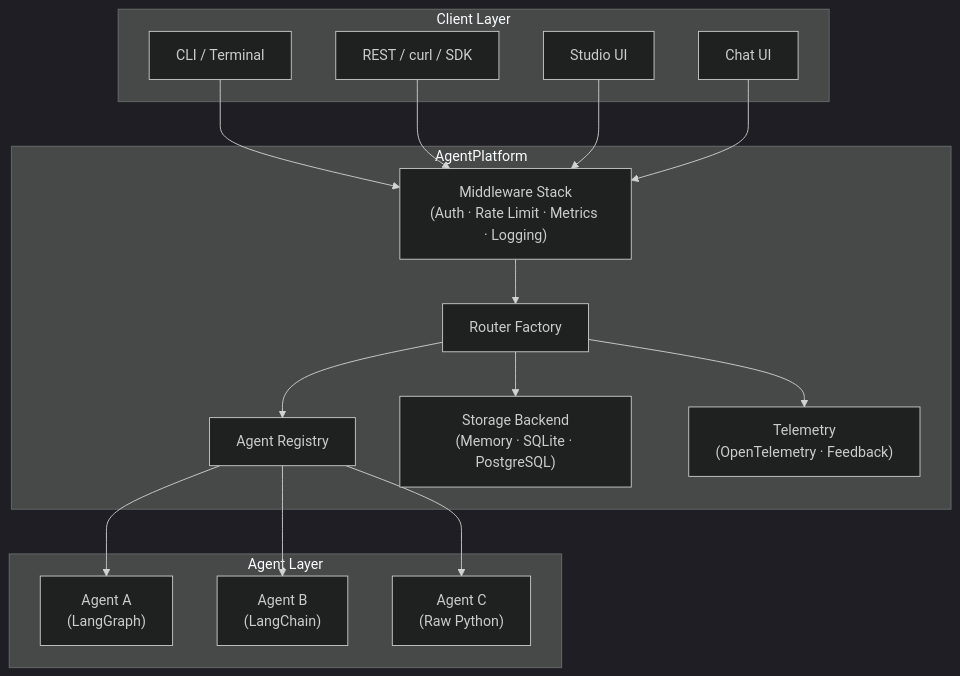
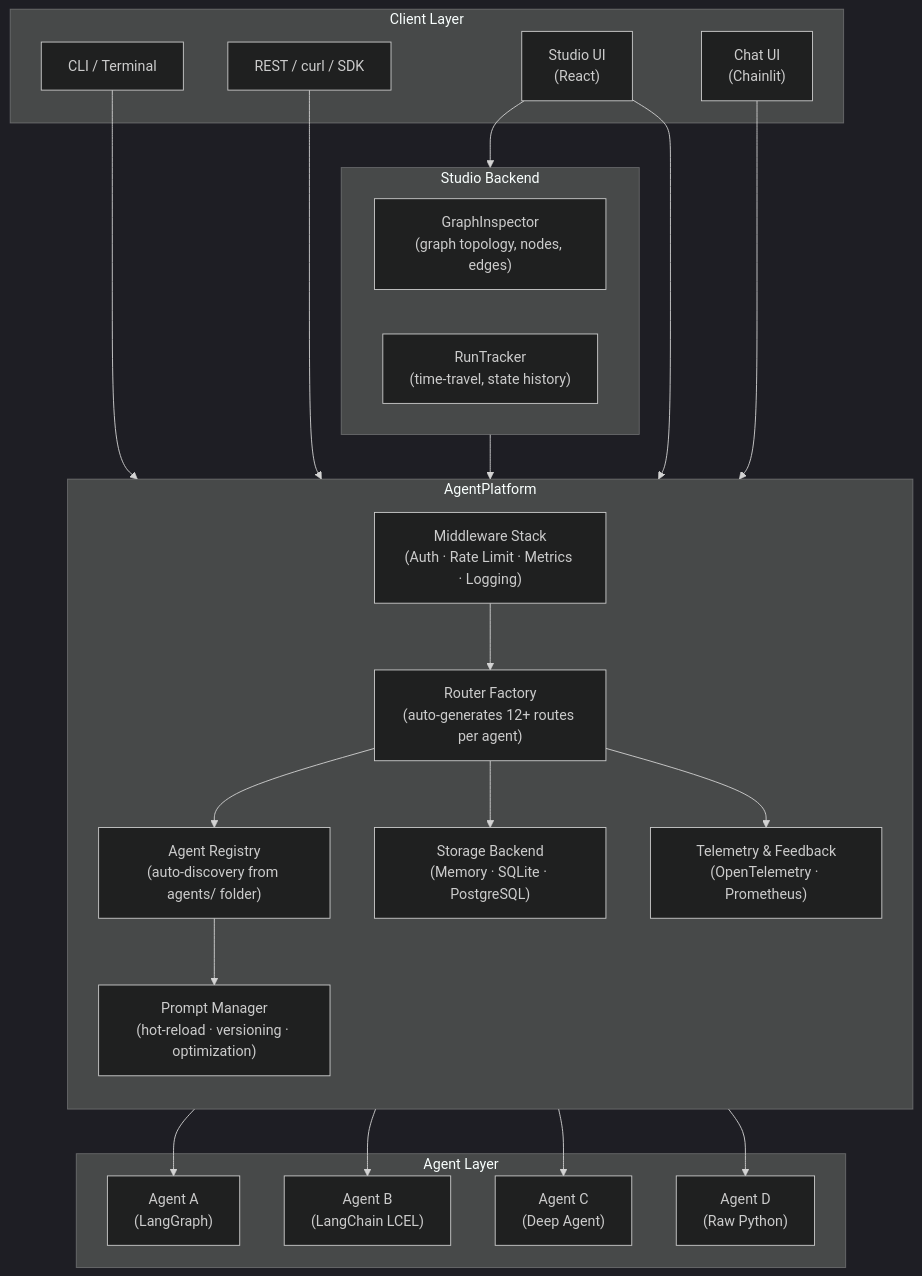
The diagram in docs/index.md (UnicoLab/agentomatic), drawn with Mermaid (dark theme) before and after one commit. The commit also changed other lines of this file and 21 other files, not shown here.

````diff
--- a/docs/index.md
+++ b/docs/index.md
@@ -106,35 +180,47 @@
 ```mermaid
 graph TB
-    subgraph Client["Client Layer"]
+    subgraph Clients["Client Layer"]
         CLI["CLI / Terminal"]
         REST["REST / curl / SDK"]
-        STUDIO["Studio UI"]
-        CHAT["Chat UI"]
+        STUDIO["Studio UI<br/>(React)"]
+        CHAT["Chat UI<br/>(Chainlit)"]
     end
 
     subgraph Platform["AgentPlatform"]
+        direction TB
         MW["Middleware Stack<br/>(Auth · Rate Limit · Metrics · Logging)"]
-        RF["Router Factory"]
-        REG["Agent Registry"]
+        RF["Router Factory<br/>(auto-generates 12+ routes per agent)"]
+        REG["Agent Registry<br/>(auto-discovery from agents/ folder)"]
+        PM["Prompt Manager<br/>(hot-reload · versioning · optimization)"]
         STORE["Storage Backend<br/>(Memory · SQLite · PostgreSQL)"]
-        TEL["Telemetry<br/>(OpenTelemetry · Feedback)"]
+        TEL["Telemetry & Feedback<br/>(OpenTelemetry · Prometheus)"]
     end
 
     subgraph Agents["Agent Layer"]
         A1["Agent A<br/>(LangGraph)"]
-        A2["Agent B<br/>(LangChain)"]
-        A3["Agent C<br/>(Raw Python)"]
+        A2["Agent B<br/>(LangChain LCEL)"]
+        A3["Agent C<br/>(Deep Agent)"]
+        A4["Agent D<br/>(Raw Python)"]
+    end
+
+    subgraph StudioBackend["Studio Backend"]
+        GI["GraphInspector<br/>(graph topology, nodes, edges)"]
+        RT["RunTracker<br/>(time-travel, state history)"]
     end
 
     CLI --> MW
     REST --> MW
     STUDIO --> MW
     CHAT --> MW
     MW --> RF
     RF --> REG
     REG --> A1
     REG --> A2
     REG --> A3
+    REG --> A4
     RF --> STORE
     RF --> TEL
+    REG --> PM
+    STUDIO --> StudioBackend
+    StudioBackend --> REG
 ```
````
